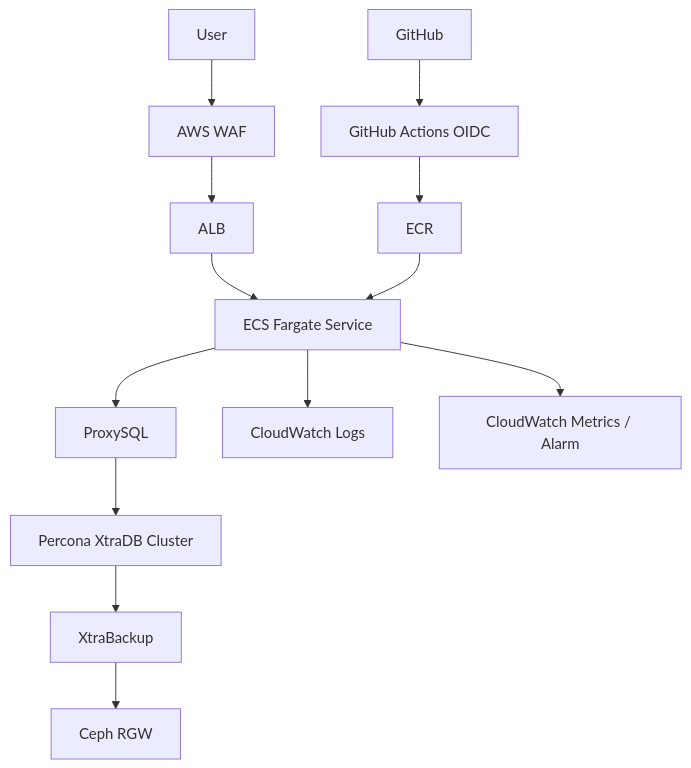
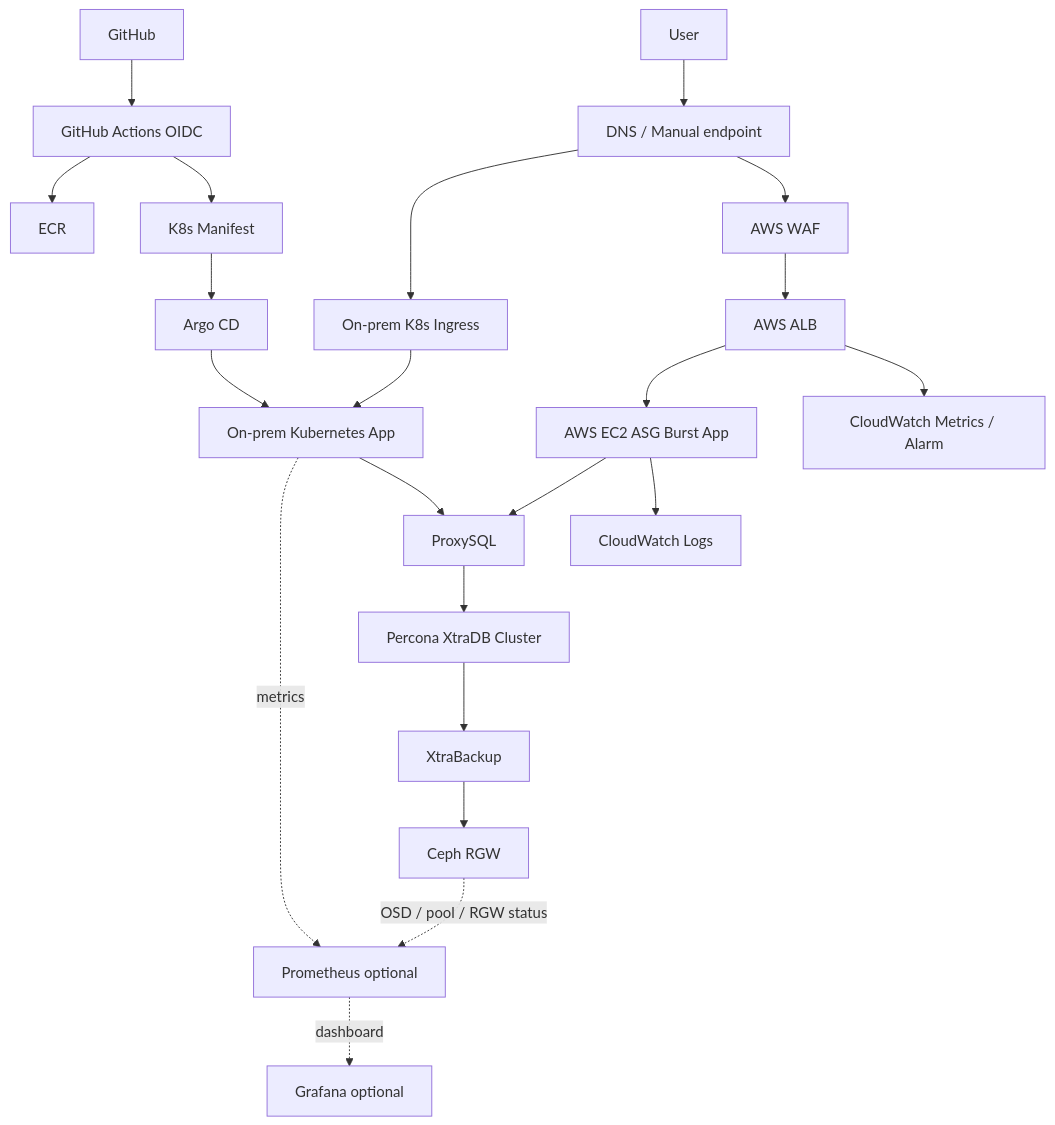
Before and after one commit to KosaCloudTeam2/infra-platform: the first of 2 diagrams in docs/presentation/presentation.md, drawn with Mermaid. The commit also changed other lines of this file and 35 other files, not shown here.

````diff
--- a/docs/presentation/presentation.md
+++ b/docs/presentation/presentation.md
@@ -42,15 +42,24 @@
 ```mermaid
 flowchart TD
-    User["User"] --> WAF["AWS WAF"]
-    WAF --> ALB["ALB"]
-    ALB --> ECS["ECS Fargate Service"]
+    User["User"] --> Traffic["DNS / Manual endpoint"]
+    Traffic --> Ingress["On-prem K8s Ingress"]
+    Traffic --> WAF["AWS WAF"]
+    WAF --> ALB["AWS ALB"]
+    ALB --> Burst["AWS EC2 ASG Burst App"]
     GitHub["GitHub"] --> Actions["GitHub Actions OIDC"]
     Actions --> ECR["ECR"]
-    ECR --> ECS
-    ECS --> Proxy["ProxySQL"]
+    Actions --> Manifest["K8s Manifest"]
+    Manifest --> Argo["Argo CD"]
+    Argo --> K8s["On-prem Kubernetes App"]
+    K8s -. "metrics" .-> Prom["Prometheus optional"]
+    Prom -. "dashboard" .-> Grafana["Grafana optional"]
+    Ingress --> K8s
+    K8s --> Proxy["ProxySQL"]
+    Burst --> Proxy
     Proxy --> PXC["Percona XtraDB Cluster"]
     PXC --> Backup["XtraBackup"]
     Backup --> Ceph["Ceph RGW"]
-    ECS --> Logs["CloudWatch Logs"]
-    ECS --> Metrics["CloudWatch Metrics / Alarm"]
+    Ceph -. "OSD / pool / RGW status" .-> Prom
+    Burst --> Logs["CloudWatch Logs"]
+    ALB --> Metrics["CloudWatch Metrics / Alarm"]
 ```
````
